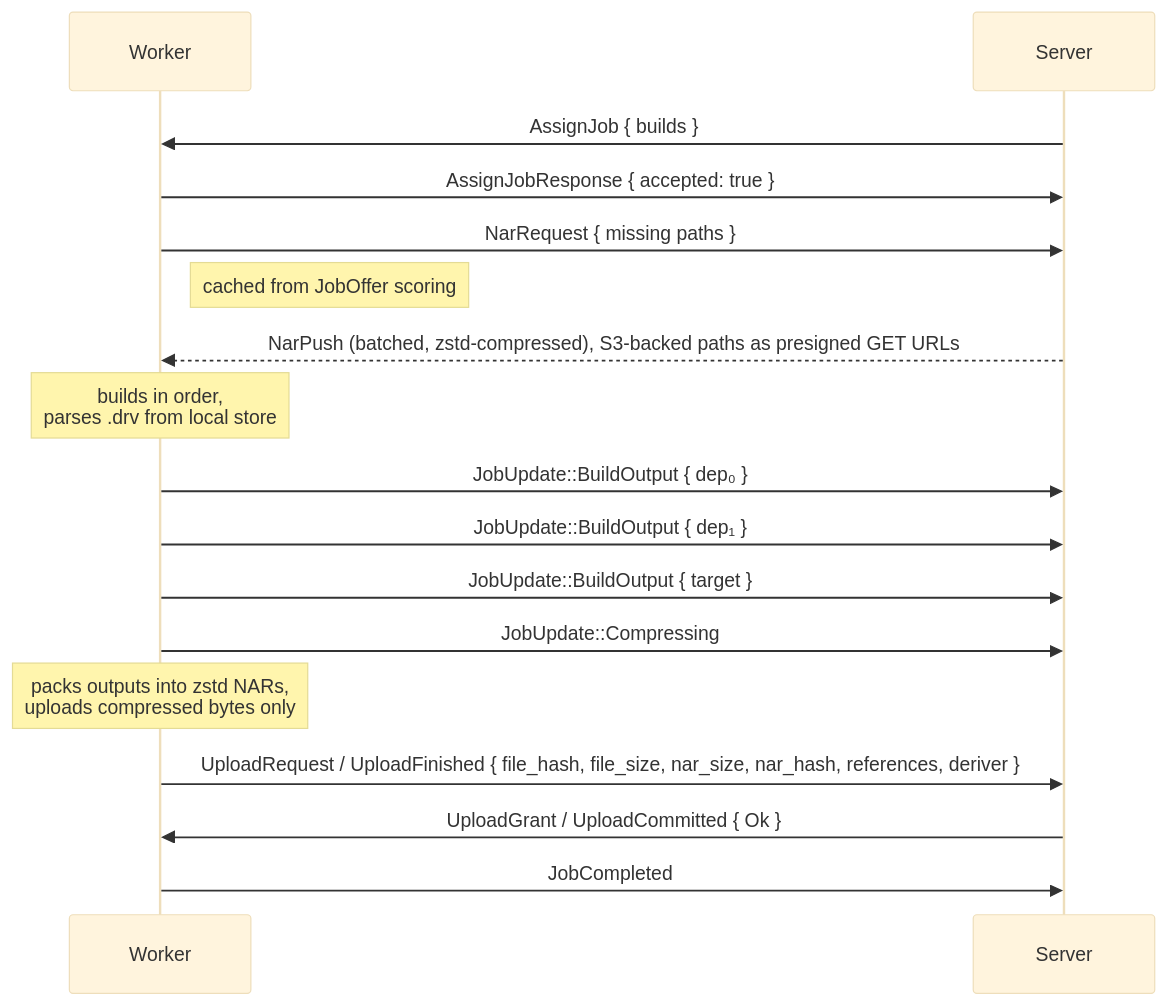
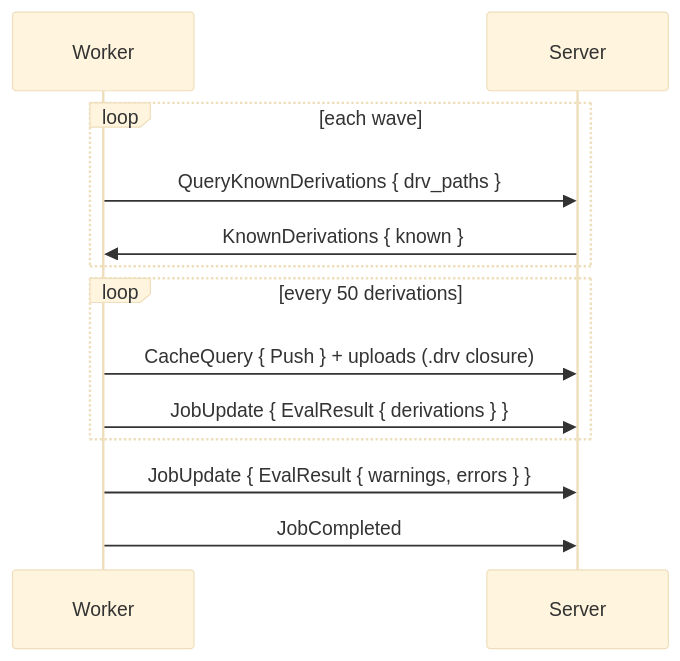
The diagram in docs/src/contributors/proto/jobs.md (wavelens/gradient), drawn with Mermaid (base theme) before and after one commit. The commit also changed other lines of this file and 6 other files, not shown here.

````diff
--- a/docs/src/contributors/proto/jobs.md
+++ b/docs/src/contributors/proto/jobs.md
@@ -371,20 +31,15 @@
 ```mermaid
 sequenceDiagram
     participant W as Worker
     participant S as Server
-
-    S->>W: AssignJob { builds }
-    W->>S: AssignJobResponse { accepted: true }
-    W->>S: NarRequest { missing paths }
-    Note right of W: cached from JobOffer scoring
-    S-->>W: NarPush (batched, zstd-compressed), S3-backed paths as presigned GET URLs
-    Note over W: builds in order,<br/>parses .drv from local store
-    W->>S: JobUpdate::BuildOutput { dep₀ }
-    W->>S: JobUpdate::BuildOutput { dep₁ }
-    W->>S: JobUpdate::BuildOutput { target }
-    W->>S: JobUpdate::Compressing
-    Note over W: packs outputs into zstd NARs,<br/>uploads compressed bytes only
-    W->>S: UploadRequest / UploadFinished { file_hash, file_size, nar_size, nar_hash, references, deriver }
-    S->>W: UploadGrant / UploadCommitted { Ok }
+    loop each wave
+        W->>S: QueryKnownDerivations { drv_paths }
+        S->>W: KnownDerivations { known }
+    end
+    loop every 50 derivations
+        W->>S: CacheQuery { Push } + uploads (.drv closure)
+        W->>S: JobUpdate { EvalResult { derivations } }
+    end
+    W->>S: JobUpdate { EvalResult { warnings, errors } }
     W->>S: JobCompleted
 ```
````
